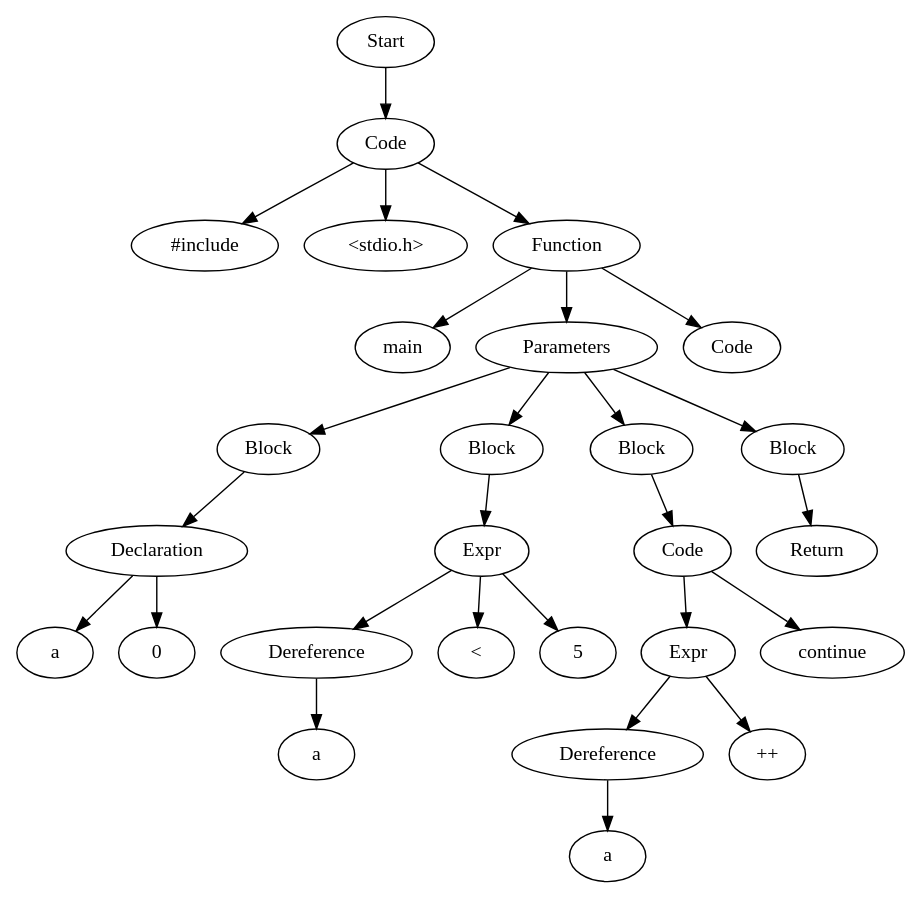
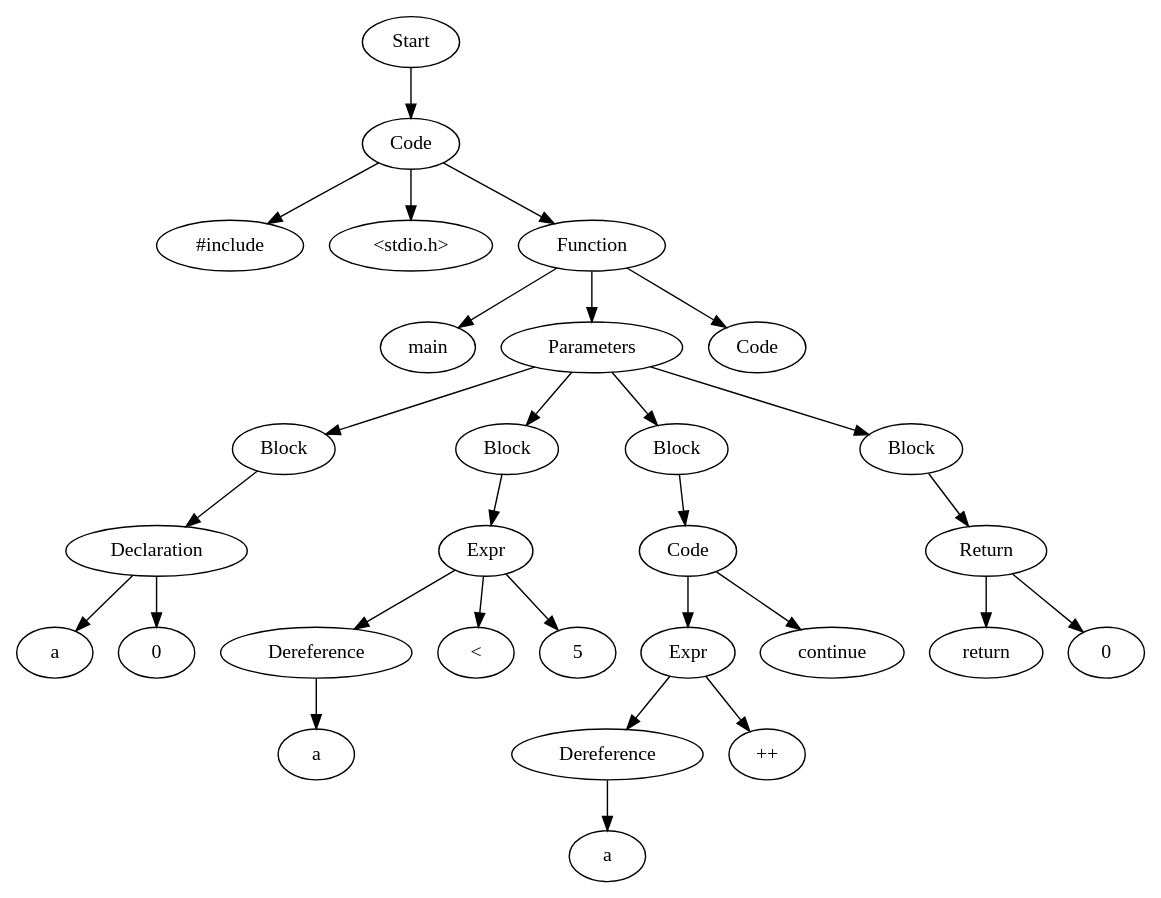
Before and after one commit to Are-you-listening/Compilers: the diagram in TestCases/ASTTests/DeadCodeRemoveTests/CreateTests/read_file_after.dot, drawn with Graphviz. The commit also changed 359 other files, not shown here.

```diff
--- a/TestCases/ASTTests/DeadCodeRemoveTests/CreateTests/read_file_after.dot
+++ b/TestCases/ASTTests/DeadCodeRemoveTests/CreateTests/read_file_after.dot
@@ -1,55 +1,59 @@
 digraph AST {
-  "129549670999248" [label="Start"];
-  "129549670999248" -> "129549669112976";
-  "129549669112976" [label="Code"];
-  "129549669112976" -> "129549669110672";
-  "129549669112976" -> "129549669111584";
-  "129549669112976" -> "129549669111632";
-  "129549669110672" [label="#include"];
-  "129549669111584" [label="<stdio.h>"];
-  "129549669111632" [label="Function"];
-  "129549669111632" -> "129549669110000";
-  "129549669111632" -> "129549669110576";
-  "129549669111632" -> "129549669110624";
-  "129549669110000" [label="main"];
-  "129549669110576" [label="Parameters"];
-  "129549669110576" -> "129549669109904";
-  "129549669110576" -> "129549669109184";
-  "129549669110576" -> "129549669110144";
-  "129549669110576" -> "129549669107264";
-  "129549669109904" [label="Block"];
-  "129549669109904" -> "129549669109520";
-  "129549669109520" [label="Declaration"];
-  "129549669109520" -> "129549669109472";
-  "129549669109520" -> "129549669109232";
-  "129549669109472" [label="a"];
-  "129549669109232" [label="0"];
-  "129549669109184" [label="Block"];
-  "129549669109184" -> "129549669109040";
-  "129549669109040" [label="Expr"];
-  "129549669109040" -> "129549669108992";
-  "129549669109040" -> "129549669110096";
-  "129549669109040" -> "129549669108896";
-  "129549669108992" [label="Dereference"];
-  "129549669108992" -> "129549669108848";
-  "129549669108848" [label="a"];
-  "129549669110096" [label="<"];
-  "129549669108896" [label="5"];
-  "129549669110144" [label="Block"];
-  "129549669110144" -> "129549669109808";
-  "129549669109808" [label="Code"];
-  "129549669109808" -> "129549669111968";
-  "129549669109808" -> "129549669107936";
-  "129549669111968" [label="Expr"];
-  "129549669111968" -> "129549669111824";
-  "129549669111968" -> "129549669111872";
-  "129549669111824" [label="Dereference"];
-  "129549669111824" -> "129549669107984";
-  "129549669107984" [label="a"];
-  "129549669111872" [label="++"];
-  "129549669107936" [label="continue"];
-  "129549669107264" [label="Block"];
-  "129549669107264" -> "129549669107888";
-  "129549669107888" [label="Return"];
-  "129549669110624" [label="Code"];
+  "124237280634016" [label="Start"];
+  "124237280634016" -> "124237278763984";
+  "124237278763984" [label="Code"];
+  "124237278763984" -> "124237278761680";
+  "124237278763984" -> "124237278762592";
+  "124237278763984" -> "124237278762640";
+  "124237278761680" [label="#include"];
+  "124237278762592" [label="<stdio.h>"];
+  "124237278762640" [label="Function"];
+  "124237278762640" -> "124237278761008";
+  "124237278762640" -> "124237278761584";
+  "124237278762640" -> "124237278761632";
+  "124237278761008" [label="main"];
+  "124237278761584" [label="Parameters"];
+  "124237278761584" -> "124237278760912";
+  "124237278761584" -> "124237278760192";
+  "124237278761584" -> "124237278761152";
+  "124237278761584" -> "124237278758272";
+  "124237278760912" [label="Block"];
+  "124237278760912" -> "124237278760528";
+  "124237278760528" [label="Declaration"];
+  "124237278760528" -> "124237278760480";
+  "124237278760528" -> "124237278760240";
+  "124237278760480" [label="a"];
+  "124237278760240" [label="0"];
+  "124237278760192" [label="Block"];
+  "124237278760192" -> "124237278760048";
+  "124237278760048" [label="Expr"];
+  "124237278760048" -> "124237278760000";
+  "124237278760048" -> "124237278761104";
+  "124237278760048" -> "124237278759904";
+  "124237278760000" [label="Dereference"];
+  "124237278760000" -> "124237278759856";
+  "124237278759856" [label="a"];
+  "124237278761104" [label="<"];
+  "124237278759904" [label="5"];
+  "124237278761152" [label="Block"];
+  "124237278761152" -> "124237278760816";
+  "124237278760816" [label="Code"];
+  "124237278760816" -> "124237278762976";
+  "124237278760816" -> "124237278758944";
+  "124237278762976" [label="Expr"];
+  "124237278762976" -> "124237278762832";
+  "124237278762976" -> "124237278762880";
+  "124237278762832" [label="Dereference"];
+  "124237278762832" -> "124237278758992";
+  "124237278758992" [label="a"];
+  "124237278762880" [label="++"];
+  "124237278758944" [label="continue"];
+  "124237278758272" [label="Block"];
+  "124237278758272" -> "124237278758896";
+  "124237278758896" [label="Return"];
+  "124237278758896" -> "124237278758368";
+  "124237278758896" -> "124237278758176";
+  "124237278758368" [label="return"];
+  "124237278758176" [label="0"];
+  "124237278761632" [label="Code"];
 }
```
